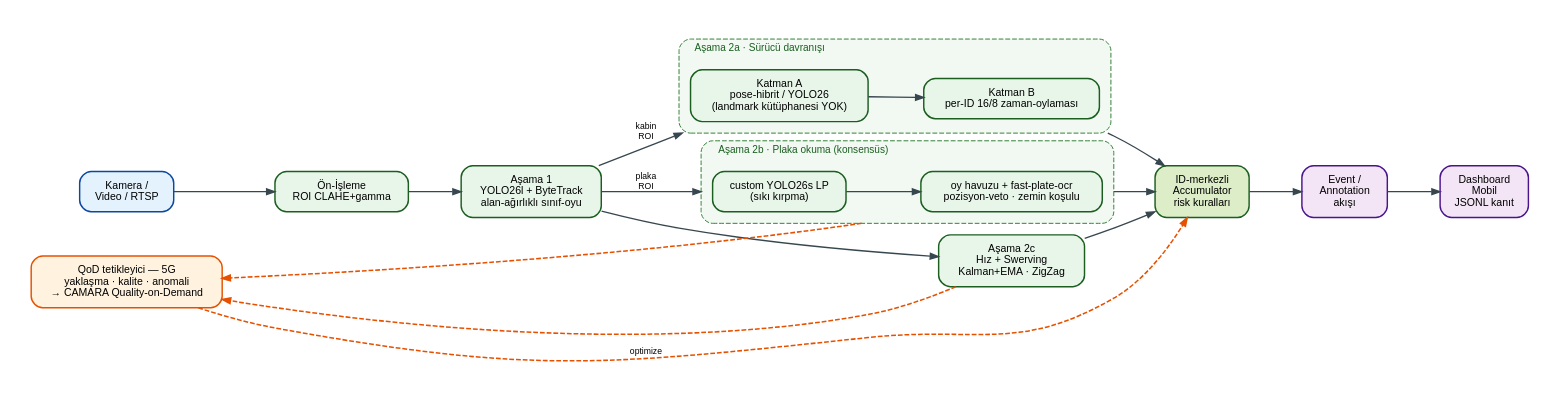
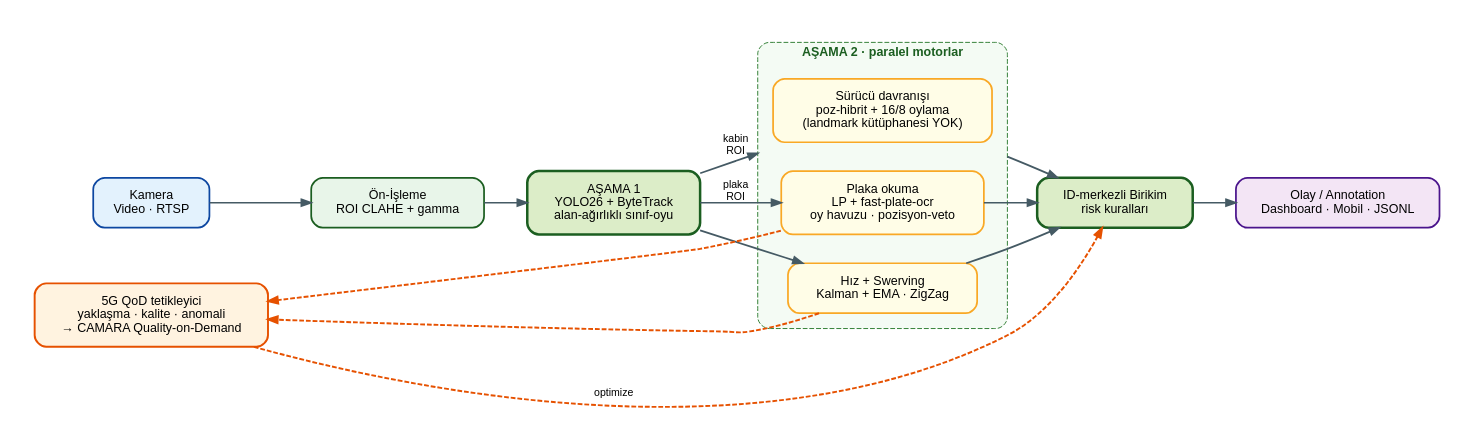
One commit to cleoanka/teknofest-prototip.v2 changed the diagram in docs/diagrams/pipeline_mimari.dot. Above: the diagram before and after it, drawn with Graphviz. The commit also changed 3 other files, not shown here.

```diff
--- a/docs/diagrams/pipeline_mimari.dot
+++ b/docs/diagrams/pipeline_mimari.dot
@@ -1,47 +1,38 @@
 // RoadGuard — FTR §3.2 kuşbakışı mimari (graphviz, YATAY/LR pipeline). Render:
-//   dot -Tpng -Gdpi=200 docs/diagrams/pipeline_mimari.dot -o docs/figures/fig_mimari.png
+//   dot -Tpng -Gdpi=220 docs/diagrams/pipeline_mimari.dot -o docs/figures/fig_mimari.png
 digraph RoadGuard {
-  rankdir=LR; bgcolor="white"; splines=spline; compound=true; pad=0.35;
-  graph [fontname="Helvetica", fontsize=12, ranksep=0.75, nodesep=0.32];
-  node  [fontname="Helvetica", fontsize=11, shape=box, style="rounded,filled",
-         penwidth=1.5, margin="0.20,0.12", color="#1b5e20", fillcolor="#e8f5e9", height=0.5];
-  edge  [fontname="Helvetica", fontsize=9, color="#37474f", penwidth=1.4, arrowsize=0.85];
+  rankdir=LR; bgcolor="white"; splines=spline; compound=true; pad=0.4;
+  graph [fontname="Helvetica-Bold", fontsize=14, ranksep=0.6, nodesep=0.42];
+  node  [fontname="Helvetica", fontsize=13, shape=box, style="rounded,filled",
+         penwidth=1.8, margin="0.26,0.17", color="#1b5e20", fillcolor="#e8f5e9", height=0.7];
+  edge  [fontname="Helvetica", fontsize=11, color="#455a64", penwidth=1.8, arrowsize=1.0];
 
-  CAM [label="Kamera /\nVideo / RTSP", fillcolor="#e3f2fd", color="#0d47a1"];
-  PRE [label="Ön-İşleme\nROI CLAHE+gamma"];
-  DET [label="Aşama 1\nYOLO26l + ByteTrack\nalan-ağırlıklı sınıf-oyu"];
+  CAM [label="Kamera\nVideo · RTSP", fillcolor="#e3f2fd", color="#0d47a1"];
+  PRE [label="Ön-İşleme\nROI CLAHE + gamma"];
+  DET [label="AŞAMA 1\nYOLO26 + ByteTrack\nalan-ağırlıklı sınıf-oyu", fillcolor="#dcedc8", penwidth=2.6];
 
-  subgraph cluster_drv {
-    label="Aşama 2a · Sürücü davranışı"; labeljust="l"; fontsize=10.5; fontcolor="#1b5e20";
-    style="rounded,dashed"; color="#2e7d32"; bgcolor="#f1f9f2"; margin=12;
-    LA [label="Katman A\npose-hibrit / YOLO26\n(landmark kütüphanesi YOK)"];
-    LB [label="Katman B\nper-ID 16/8 zaman-oylaması"];
-    LA -> LB;
+  subgraph cluster_s2 {
+    label="AŞAMA 2 · paralel motorlar"; labelloc="t"; fontsize=13; fontcolor="#1b5e20";
+    style="rounded,dashed"; color="#2e7d32"; bgcolor="#f4fbf4"; margin=16;
+    DRV [label="Sürücü davranışı\npoz-hibrit + 16/8 oylama\n(landmark kütüphanesi YOK)", fillcolor="#fffde7", color="#f9a825"];
+    PLT [label="Plaka okuma\nLP + fast-plate-ocr\noy havuzu · pozisyon-veto", fillcolor="#fffde7", color="#f9a825"];
+    SPD [label="Hız + Swerving\nKalman + EMA · ZigZag", fillcolor="#fffde7", color="#f9a825"];
   }
-  subgraph cluster_plt {
-    label="Aşama 2b · Plaka okuma (konsensüs)"; labeljust="l"; fontsize=10.5; fontcolor="#1b5e20";
-    style="rounded,dashed"; color="#2e7d32"; bgcolor="#f1f9f2"; margin=12;
-    LP  [label="custom YOLO26s LP\n(sıkı kırpma)"];
-    OCR [label="oy havuzu + fast-plate-ocr\npozisyon-veto · zemin koşulu"];
-    LP -> OCR;
-  }
-  SPD [label="Aşama 2c\nHız + Swerving\nKalman+EMA · ZigZag"];
 
-  ACC  [label="ID-merkezli\nAccumulator\nrisk kuralları", fillcolor="#dcedc8", color="#1b5e20"];
-  OUT  [label="Event /\nAnnotation\nakışı", fillcolor="#f3e5f5", color="#4a148c"];
-  SINK [label="Dashboard\nMobil\nJSONL kanıt", fillcolor="#f3e5f5", color="#4a148c"];
-  QOD  [label="QoD tetikleyici — 5G\nyaklaşma · kalite · anomali\n→ CAMARA Quality-on-Demand", fillcolor="#fff3e0", color="#e65100"];
+  ACC  [label="ID-merkezli Birikim\nrisk kuralları", fillcolor="#dcedc8", color="#1b5e20", penwidth=2.6];
+  OUT  [label="Olay / Annotation\nDashboard · Mobil · JSONL", fillcolor="#f3e5f5", color="#4a148c"];
+  QOD  [label="5G QoD tetikleyici\nyaklaşma · kalite · anomali\n→ CAMARA Quality-on-Demand", fillcolor="#fff3e0", color="#e65100", penwidth=2.0];
 
   CAM -> PRE -> DET;
-  DET -> LA  [lhead=cluster_drv, label="kabin\nROI"];
-  DET -> LP  [lhead=cluster_plt, label="plaka\nROI"];
+  DET -> DRV [lhead=cluster_s2, label="kabin\nROI"];
+  DET -> PLT [label="plaka\nROI"];
   DET -> SPD;
-  LB  -> ACC [ltail=cluster_drv];
-  OCR -> ACC [ltail=cluster_plt];
+  DRV -> ACC [ltail=cluster_s2];
+  PLT -> ACC;
   SPD -> ACC;
-  ACC -> OUT -> SINK;
+  ACC -> OUT;
 
-  OCR -> QOD [style=dashed, color="#e65100", penwidth=1.6, ltail=cluster_plt, constraint=false];
-  SPD -> QOD [style=dashed, color="#e65100", penwidth=1.6, constraint=false];
-  QOD -> ACC [style=dashed, color="#e65100", penwidth=1.6, constraint=false, label="optimize"];
+  PLT -> QOD [style=dashed, color="#e65100", penwidth=2.0, constraint=false];
+  SPD -> QOD [style=dashed, color="#e65100", penwidth=2.0, constraint=false];
+  QOD -> ACC [style=dashed, color="#e65100", penwidth=2.0, constraint=false, label="optimize"];
 }
```
